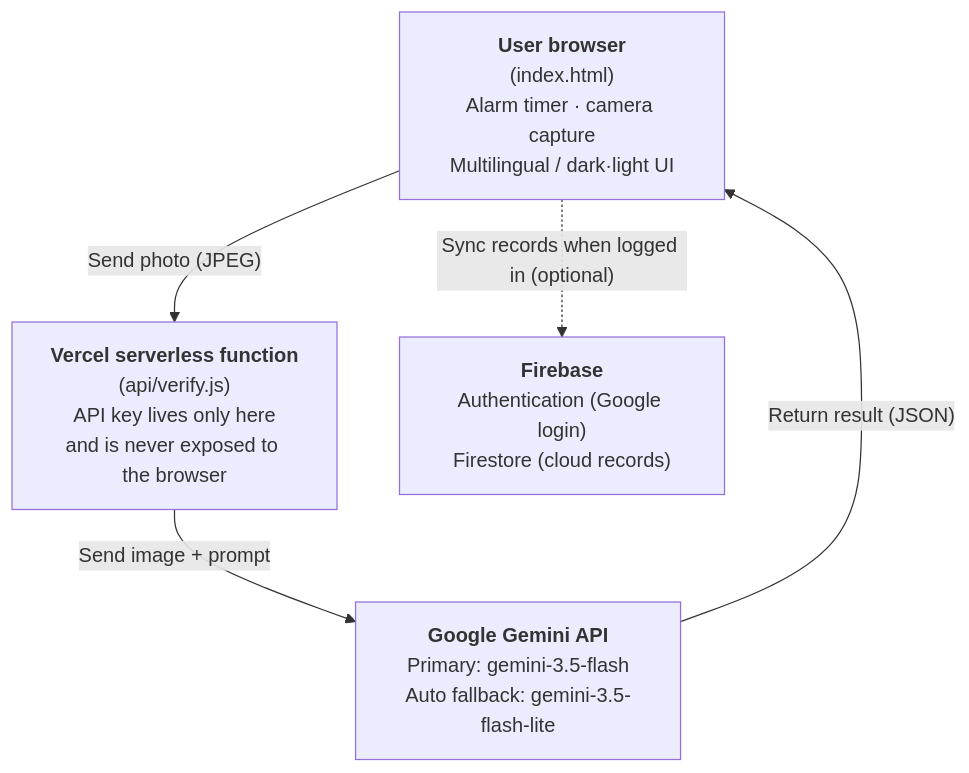
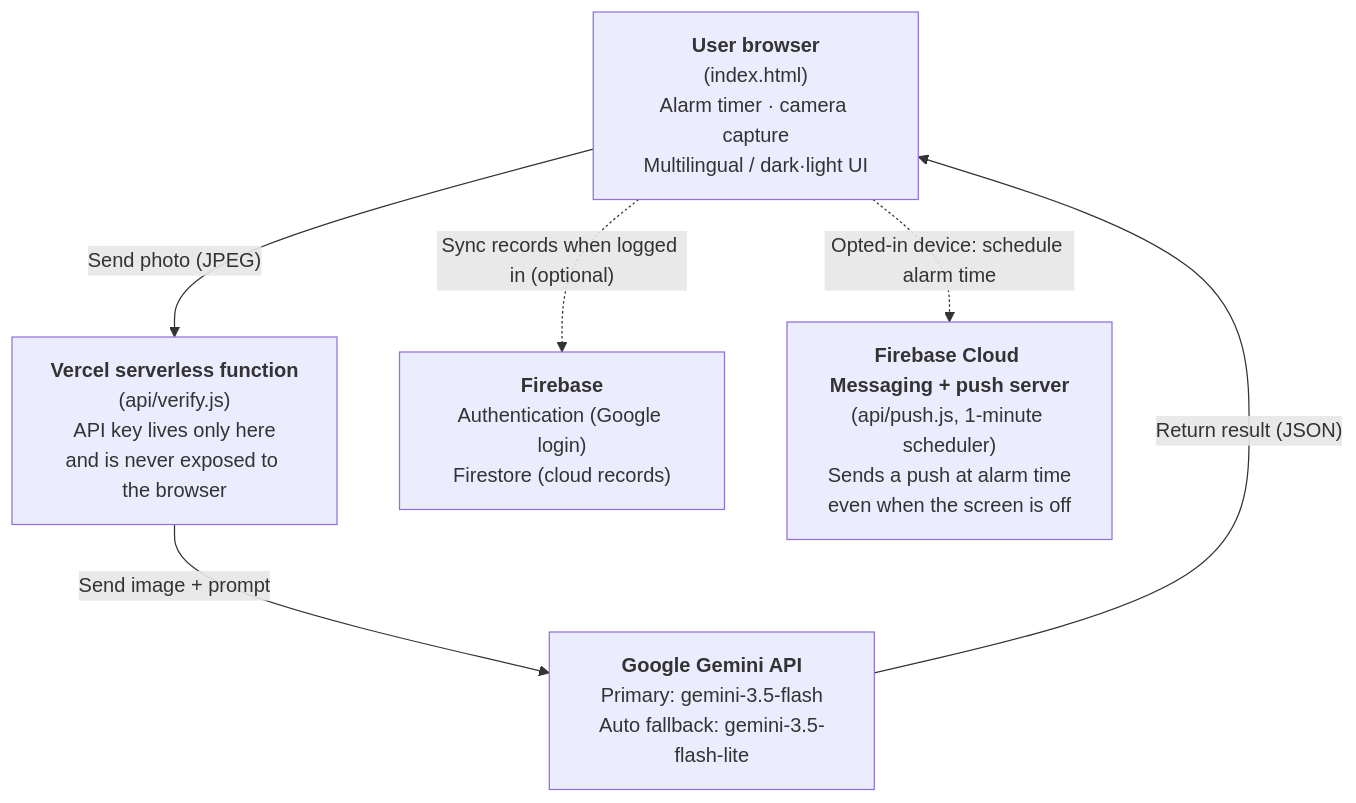
The diagram in README.en.md (ljh30581712-beep/drink-water), drawn with Mermaid before and after one commit. The commit also changed other lines of this file and 3 other files, not shown here.

````diff
--- a/README.en.md
+++ b/README.en.md
@@ -62,12 +62,14 @@
 ```mermaid
 graph TD
     A["<b>User browser</b><br/>(index.html)<br/>Alarm timer · camera capture<br/>Multilingual / dark·light UI"]
     B["<b>Vercel serverless function</b><br/>(api/verify.js)<br/>API key lives only here<br/>and is never exposed to the browser"]
     C["<b>Google Gemini API</b><br/>Primary: gemini-3.5-flash<br/>Auto fallback: gemini-3.5-flash-lite"]
     D["<b>Firebase</b><br/>Authentication (Google login)<br/>Firestore (cloud records)"]
 
     A -->|"Send photo (JPEG)"| B
     B -->|"Send image + prompt"| C
     C -->|"Return result (JSON)"| A
     A -.->|"Sync records when logged in (optional)"| D
+    E["<b>Firebase Cloud Messaging + push server</b><br/>(api/push.js, 1-minute scheduler)<br/>Sends a push at alarm time<br/>even when the screen is off"]
+    A -.->|"Opted-in device: schedule alarm time"| E
 ```
````
